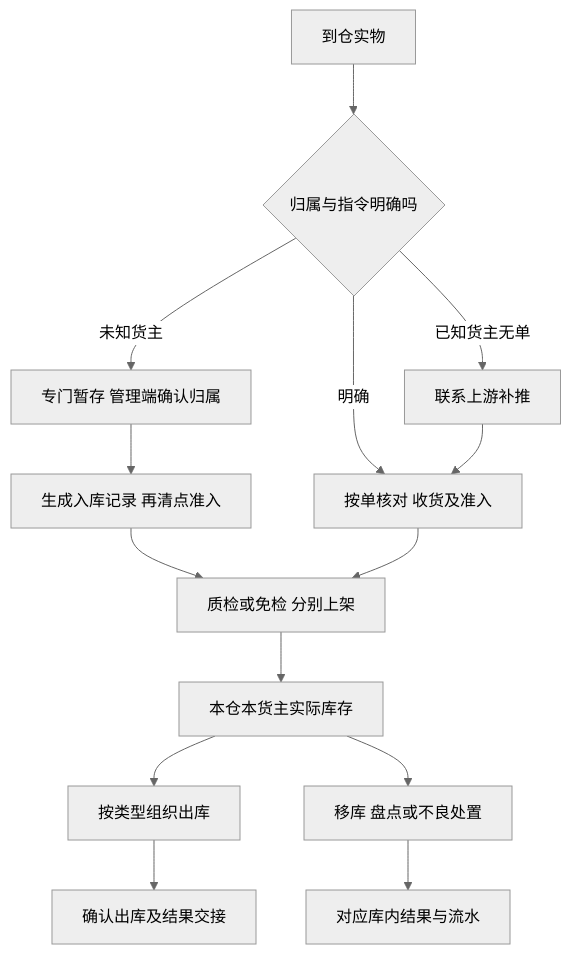
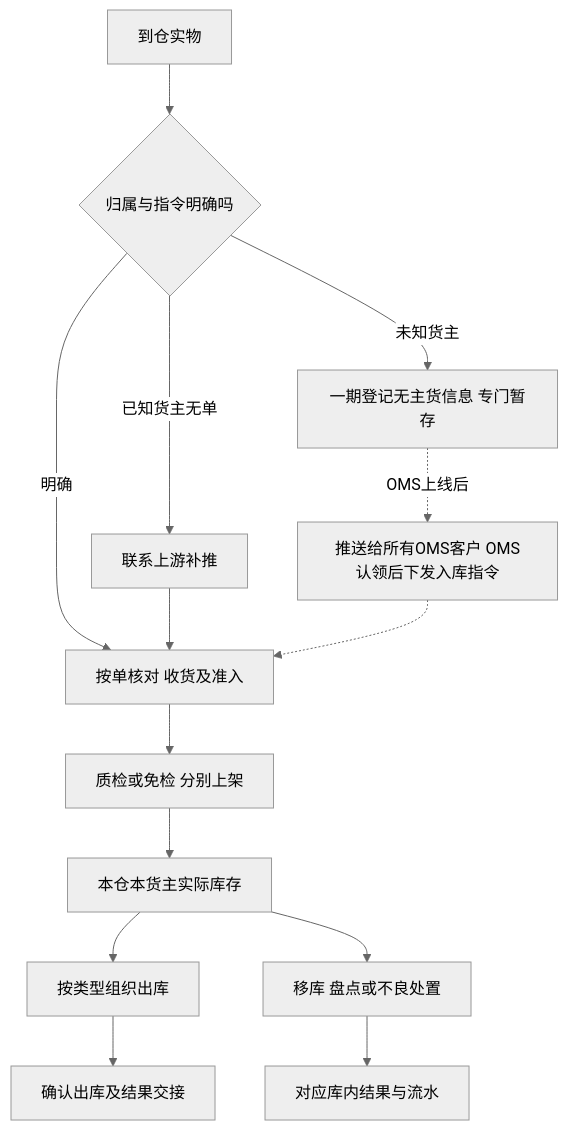
Before and after one commit to TopVitamin/QS-WMS-Project: the diagram in 04-业务分析和设计/06-海外仓典型业务场景与方案.md, drawn with Mermaid (neutral theme). The commit also changed other lines of this file and 63 other files, not shown here.

````diff
--- a/04-业务分析和设计/06-海外仓典型业务场景与方案.md
+++ b/04-业务分析和设计/06-海外仓典型业务场景与方案.md
@@ -15,16 +15,16 @@
 ```mermaid
 flowchart TD
     A[到仓实物] --> B{归属与指令明确吗}
     B -->|明确| C[按单核对 收货及准入]
     B -->|已知货主无单| D[联系上游补推]
-    B -->|未知货主| E[专门暂存 管理端确认归属]
+    B -->|未知货主| E[一期登记无主货信息 专门暂存]
     D --> C
-    E --> F[生成入库记录 再清点准入]
-    F --> G[质检或免检 分别上架]
-    C --> G
+    E -.->|OMS上线后| F[推送给所有OMS客户 OMS认领后下发入库指令]
+    F -.-> C
+    C --> G[质检或免检 分别上架]
     G --> H[本仓本货主实际库存]
     H --> I[按类型组织出库]
     H --> J[移库 盘点或不良处置]
     I --> K[确认出库及结果交接]
     J --> L[对应库内结果与流水]
 ```
````
